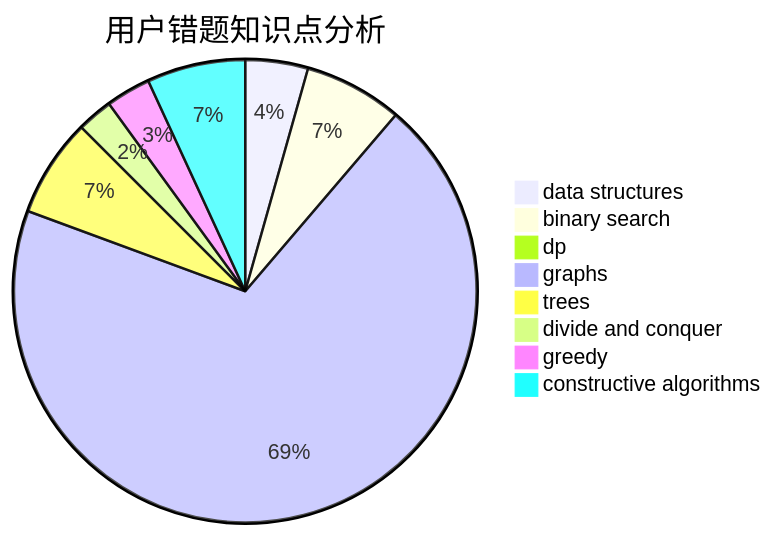
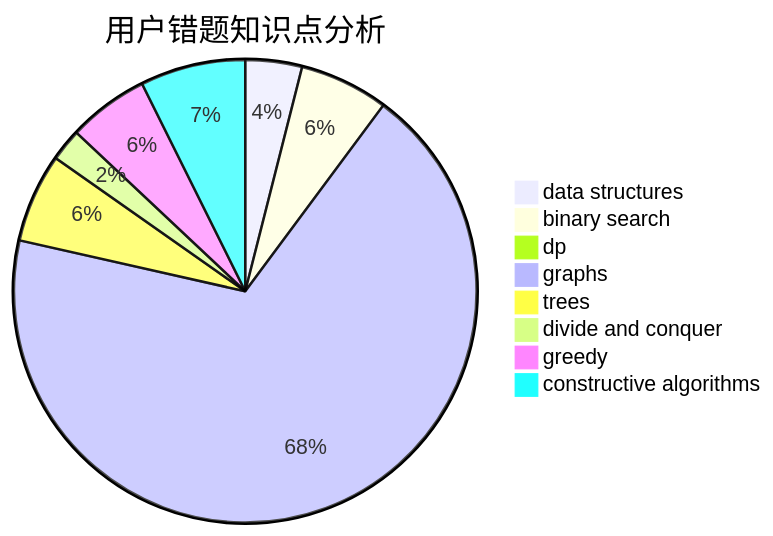
One commit to sherpahu/cfrs.github.io changed the third of 3 diagrams in docs/user/u1583.md. Above: the diagram before and after it, drawn with Mermaid. The commit also changed other lines of this file and 2770 other files, not shown here.

````diff
--- a/docs/user/u1583.md
+++ b/docs/user/u1583.md
@@ -36,11 +36,11 @@
 ```mermaid
 pie title 用户错题知识点分析
     "data structures" :  7
     "binary search" :  11
     "dp" :  1
-    "graphs" :  111
+    "graphs" :  121
     "trees" :  11
     "divide and conquer" :  4
-    "greedy" :  5
-    "constructive algorithms" :  11
+    "greedy" :  10
+    "constructive algorithms" :  13
 ```
````
